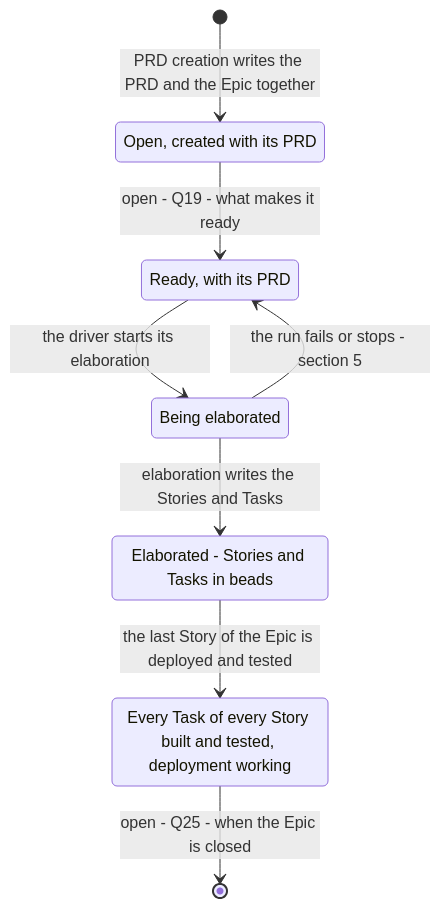
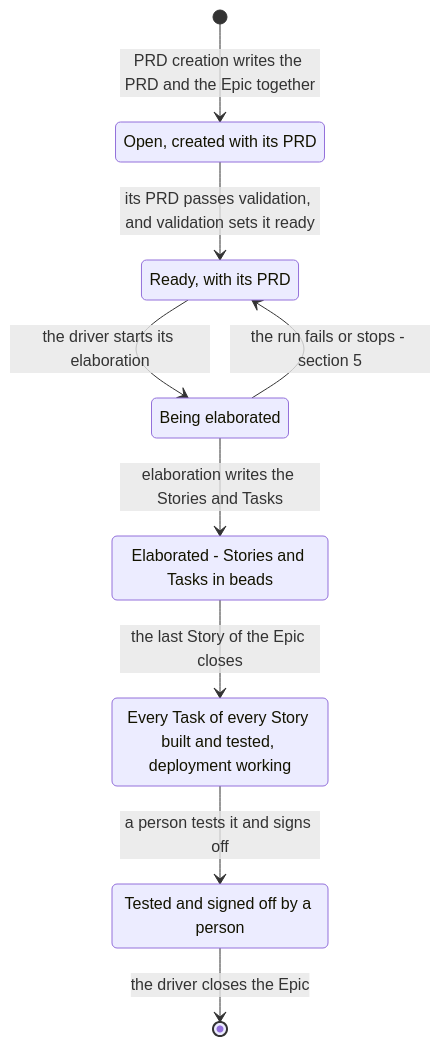
One commit to mark-satterfield/toolset changed the fourth of 8 diagrams in plugins/agent-teams-workforce/blueprint/design/pipelines-driver.md. Above: the diagram before and after it, drawn with Mermaid. The commit also changed other lines of this file and 2 other files, not shown here.

First line of the commit message:
docs(blueprint): decide the driver, PRD and deploy questions that are not the owner's

````diff
--- a/plugins/agent-teams-workforce/blueprint/design/pipelines-driver.md
+++ b/plugins/agent-teams-workforce/blueprint/design/pipelines-driver.md
@@ -210,15 +227,17 @@
 ```mermaid
 stateDiagram-v2
     state "Open, created with its PRD" as eOpen
     state "Ready, with its PRD" as eReady
     state "Being elaborated" as eElab
     state "Elaborated - Stories and Tasks in beads" as eDone
     state "Every Task of every Story built and tested, deployment working" as eBuilt
+    state "Tested and signed off by a person" as eSigned
     [*] --> eOpen: PRD creation writes the PRD and the Epic together
-    eOpen --> eReady: open - Q19 - what makes it ready
+    eOpen --> eReady: its PRD passes validation, and validation sets it ready
     eReady --> eElab: the driver starts its elaboration
     eElab --> eDone: elaboration writes the Stories and Tasks
     eElab --> eReady: the run fails or stops - section 5
-    eDone --> eBuilt: the last Story of the Epic is deployed and tested
-    eBuilt --> [*]: open - Q25 - when the Epic is closed
+    eDone --> eBuilt: the last Story of the Epic closes
+    eBuilt --> eSigned: a person tests it and signs off
+    eSigned --> [*]: the driver closes the Epic
 ```
````
